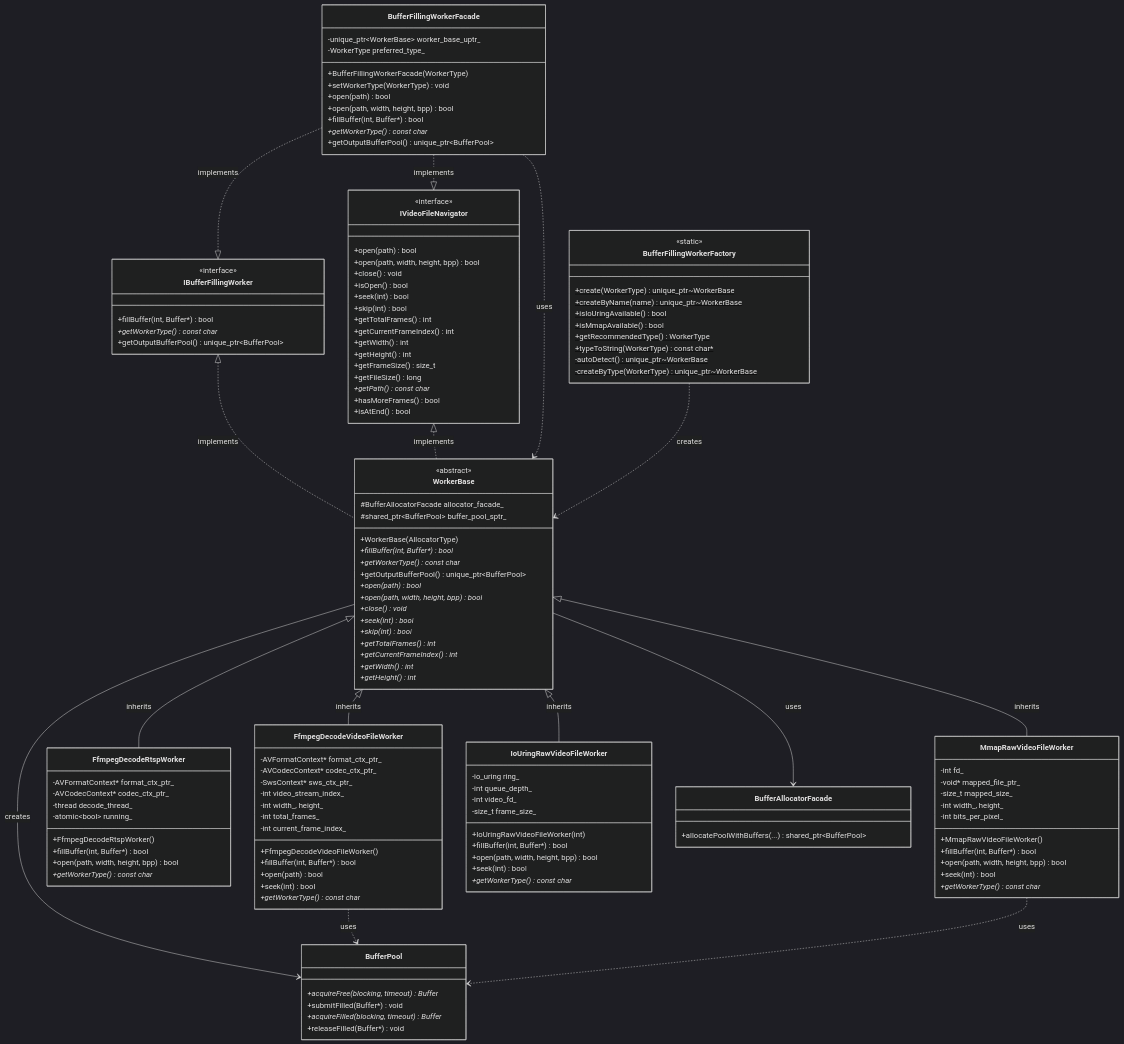
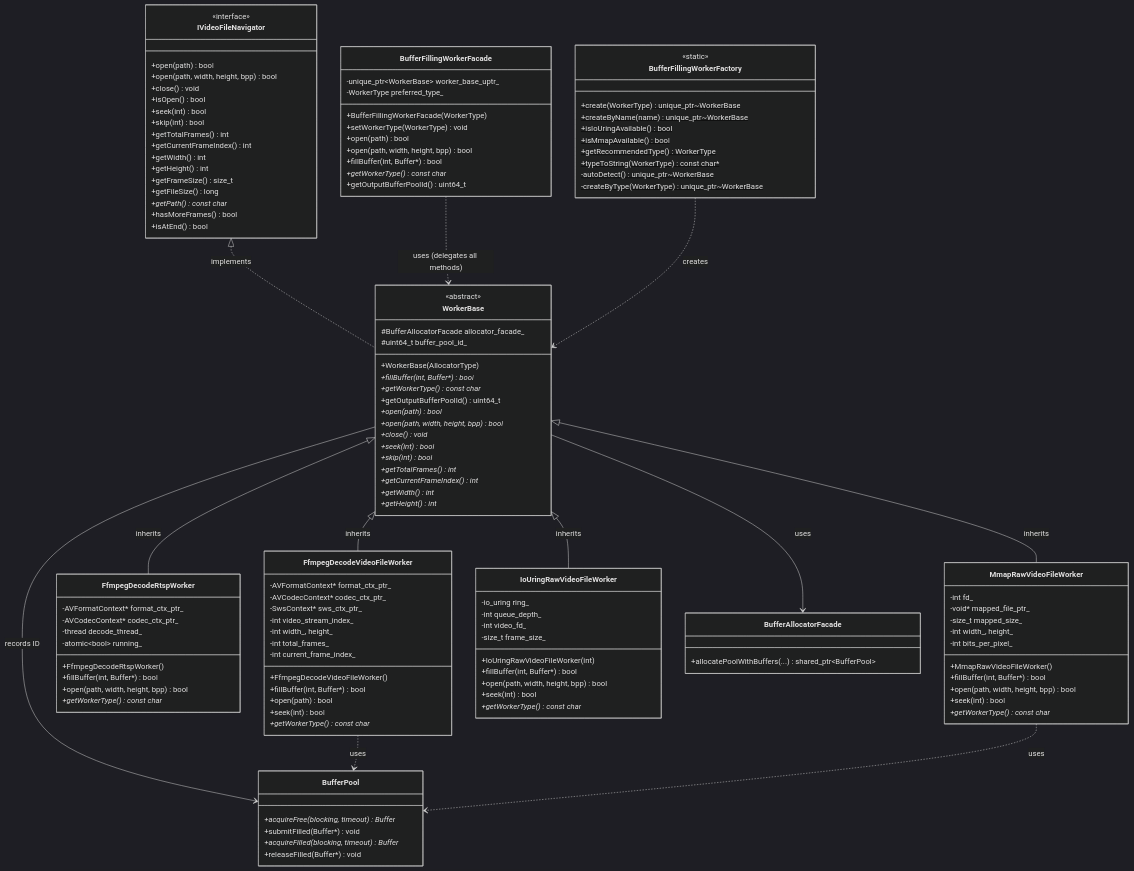
Before and after one commit to luoxiafeng-1990/components: the first of 5 diagrams in include/productionline/worker/Worker-subsystem-architecture.md, drawn with Mermaid (dark theme). The commit also changed other lines of this file and 14 other files, not shown here.

````diff
--- a/include/productionline/worker/Worker-subsystem-architecture.md
+++ b/include/productionline/worker/Worker-subsystem-architecture.md
@@ -733,13 +662,6 @@
 ```mermaid
 classDiagram
     %% ========== 接口层 ==========
-    class IBufferFillingWorker {
-        <<interface>>
-        +fillBuffer(int, Buffer*) bool
-        +getWorkerType() const char*
-        +getOutputBufferPool() unique_ptr~BufferPool~
-    }
-    
     class IVideoFileNavigator {
         <<interface>>
         +open(path) bool
@@ -759,15 +681,15 @@
         +isAtEnd() bool
     }
     
-    %% ========== 基类层 ==========
+    %% ========== 基类层（v2.0）==========
     class WorkerBase {
         <<abstract>>
         #BufferAllocatorFacade allocator_facade_
-        #shared_ptr~BufferPool~ buffer_pool_sptr_
+        #uint64_t buffer_pool_id_
         +WorkerBase(AllocatorType)
         +fillBuffer(int, Buffer*) bool*
         +getWorkerType() const char*
-        +getOutputBufferPool() unique_ptr~BufferPool~
+        +getOutputBufferPoolId() uint64_t
         +open(path) bool*
         +open(path, width, height, bpp) bool*
         +close() void*
@@ -831,7 +753,7 @@
         +getWorkerType() const char*
     }
     
-    %% ========== 门面层 ==========
+    %% ========== 门面层（v2.1：不继承任何接口）==========
     class BufferFillingWorkerFacade {
         -unique_ptr~WorkerBase~ worker_base_uptr_
         -WorkerType preferred_type_
@@ -841,7 +763,7 @@
         +open(path, width, height, bpp) bool
         +fillBuffer(int, Buffer*) bool
         +getWorkerType() const char*
-        +getOutputBufferPool() unique_ptr~BufferPool~
+        +getOutputBufferPoolId() uint64_t
     }
     
     %% ========== 工厂层 ==========
@@ -869,8 +791,7 @@
         +allocatePoolWithBuffers(...) shared_ptr~BufferPool~
     }
     
-    %% ========== 关系 ==========
-    IBufferFillingWorker <|.. WorkerBase : implements
+    %% ========== 关系（v2.1）==========
     IVideoFileNavigator <|.. WorkerBase : implements
     
     WorkerBase <|-- FfmpegDecodeVideoFileWorker : inherits
@@ -878,14 +799,12 @@
     WorkerBase <|-- MmapRawVideoFileWorker : inherits
     WorkerBase <|-- IoUringRawVideoFileWorker : inherits
     
-    BufferFillingWorkerFacade ..> WorkerBase : uses
-    BufferFillingWorkerFacade ..|> IBufferFillingWorker : implements
-    BufferFillingWorkerFacade ..|> IVideoFileNavigator : implements
+    BufferFillingWorkerFacade ..> WorkerBase : uses (delegates all methods)
     
     BufferFillingWorkerFactory ..> WorkerBase : creates
     
     WorkerBase --> BufferAllocatorFacade : uses
-    WorkerBase --> BufferPool : creates
+    WorkerBase --> BufferPool : records ID
     
     FfmpegDecodeVideoFileWorker ..> BufferPool : uses
     MmapRawVideoFileWorker ..> BufferPool : uses
````
